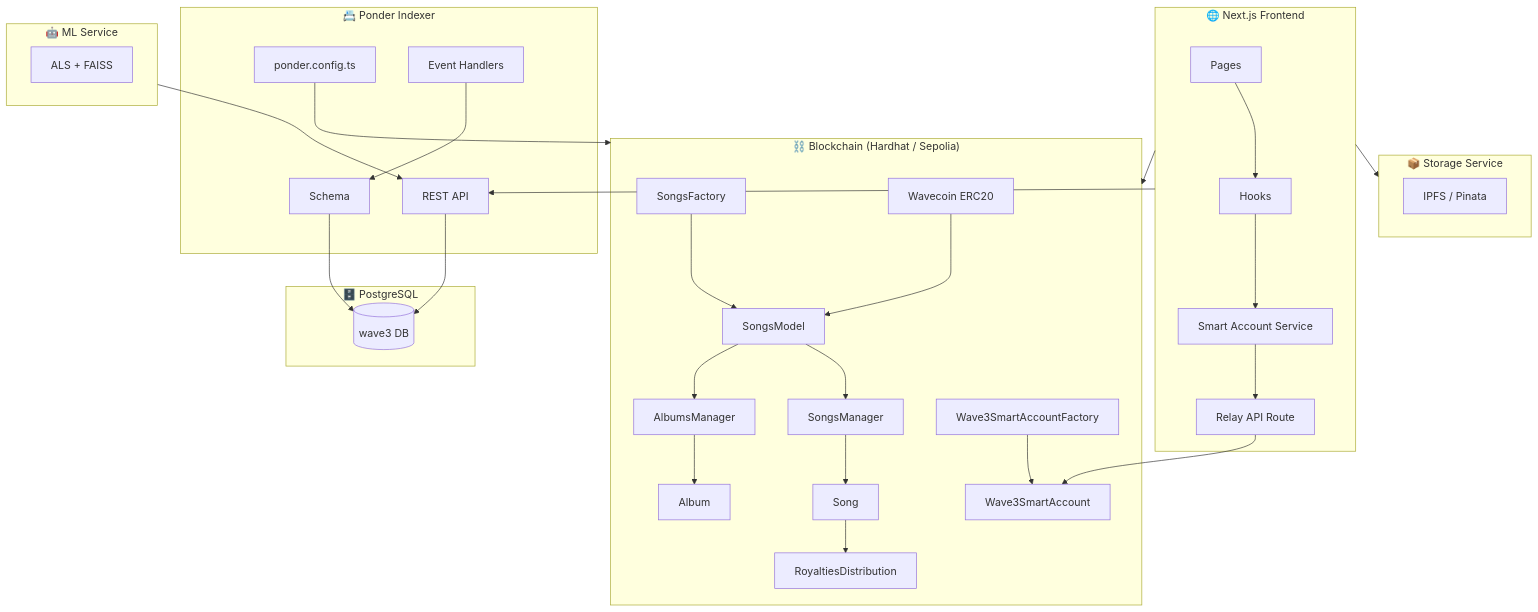
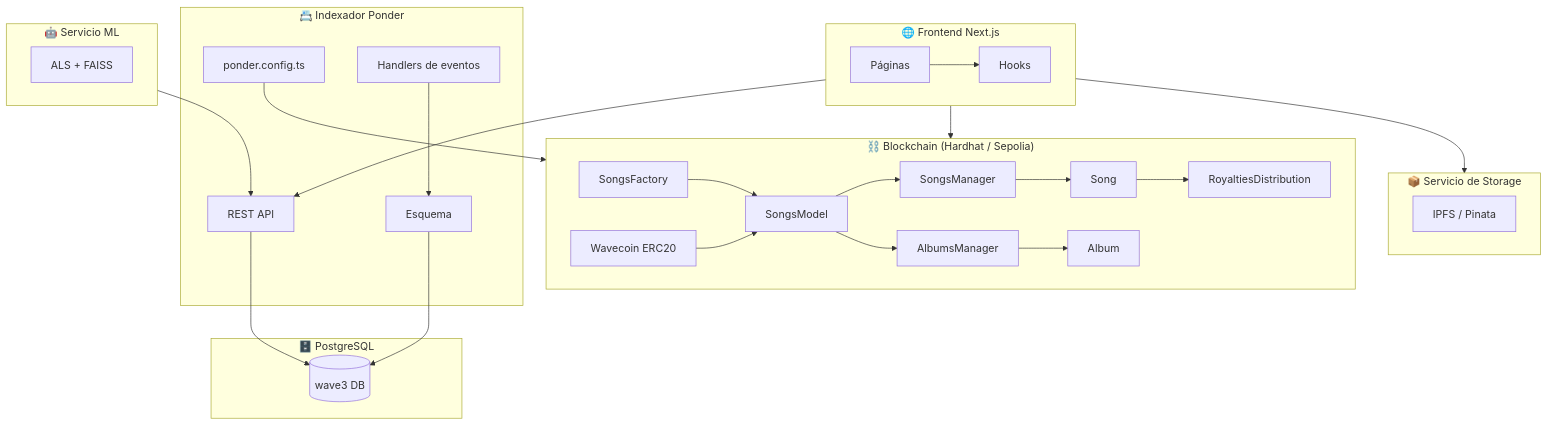
The first of 4 diagrams in docs/STATUS.md (wave3org/wave3), drawn with Mermaid before and after one commit. The commit also changed other lines of this file and 10 other files, not shown here.

````diff
--- a/docs/STATUS.md
+++ b/docs/STATUS.md
@@ -9,65 +9,57 @@
 ```mermaid
 graph TB
     subgraph Blockchain["⛓️ Blockchain (Hardhat / Sepolia)"]
         SF[SongsFactory]
         SM[SongsModel]
         SMgr[SongsManager]
         AMgr[AlbumsManager]
         WC[Wavecoin ERC20]
         Song[Song]
         RD[RoyaltiesDistribution]
         Album[Album]
-        SAF[Wave3SmartAccountFactory]
-        SA[Wave3SmartAccount]
     end
 
-    subgraph Frontend["🌐 Next.js Frontend"]
-        Pages[Pages]
+    subgraph Frontend["🌐 Frontend Next.js"]
+        Pages[Páginas]
         Hooks[Hooks]
-        SmartAccountSvc[Smart Account Service]
-        RelaySvc[Relay API Route]
     end
 
-    subgraph Indexer["📇 Ponder Indexer"]
+    subgraph Indexer["📇 Indexador Ponder"]
         PConfig[ponder.config.ts]
-        PHandlers[Event Handlers]
-        PSchema[Schema]
+        PHandlers[Handlers de eventos]
+        PSchema[Esquema]
         PApi[REST API]
     end
 
     subgraph DB["🗄️ PostgreSQL"]
         PG[(wave3 DB)]
     end
 
-    subgraph Storage["📦 Storage Service"]
+    subgraph Storage["📦 Servicio de Storage"]
         IPFS[IPFS / Pinata]
     end
 
-    subgraph ML["🤖 ML Service"]
+    subgraph ML["🤖 Servicio ML"]
         Recommender[ALS + FAISS]
     end
 
     SF --> SM
     SM --> SMgr
     SM --> AMgr
     SMgr --> Song
     AMgr --> Album
     Song --> RD
     WC --> SM
-    SAF --> SA
 
     Pages --> Hooks
-    Hooks --> SmartAccountSvc
-    SmartAccountSvc --> RelaySvc
-    RelaySvc --> SA
 
     PConfig --> Blockchain
     PHandlers --> PSchema
     PSchema --> PG
     PApi --> PG
 
     ML --> PApi
     Frontend --> Storage
     Frontend --> PApi
     Frontend --> Blockchain
 ```
````
